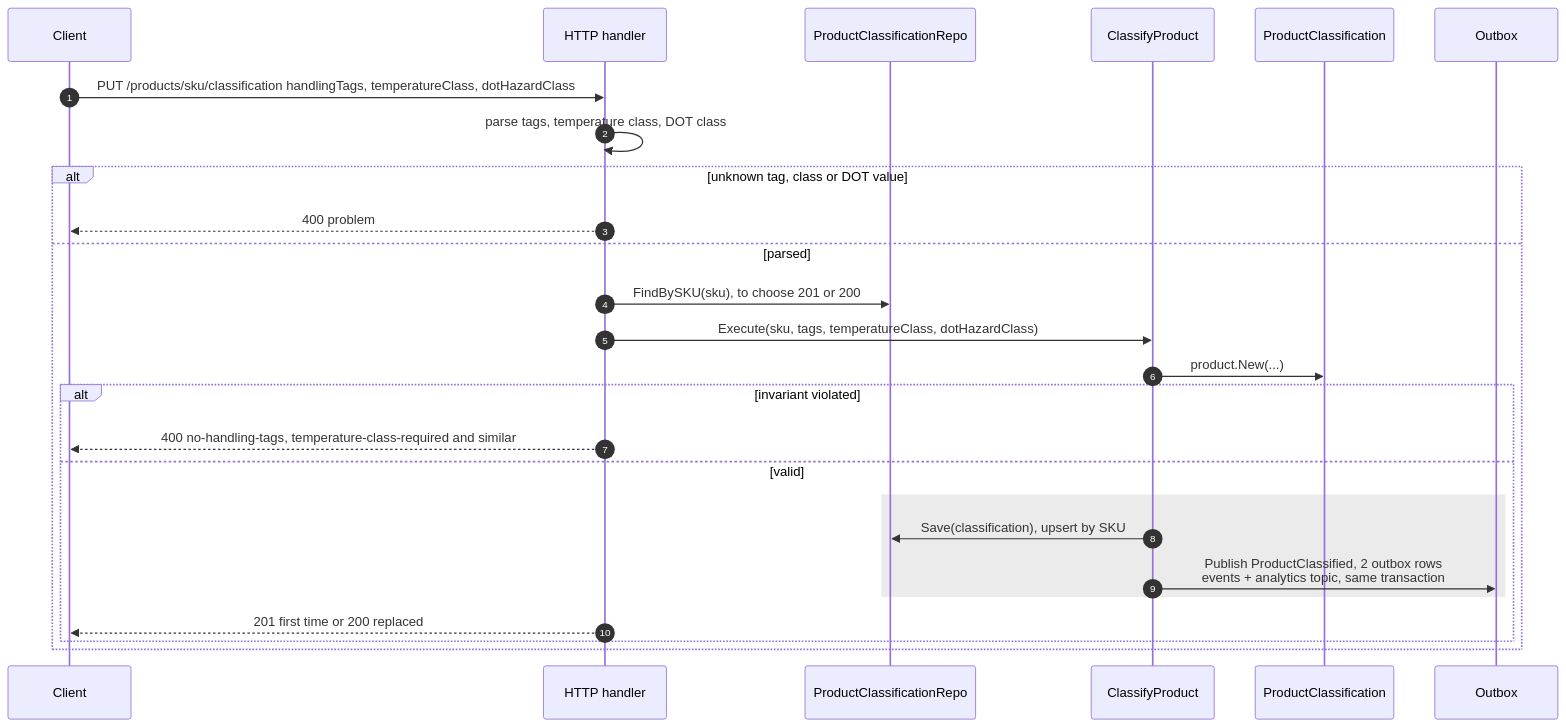
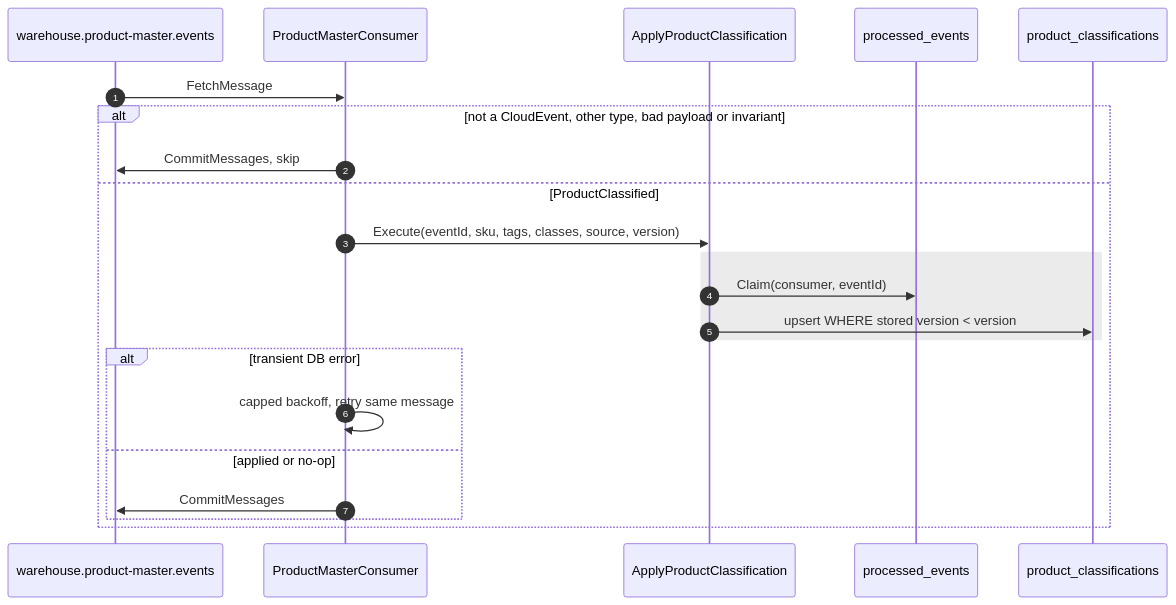
The seventh of 12 diagrams in docs/docs/ddd/sequence-diagrams.md (IQVO/inventory-storage), drawn with Mermaid before and after one commit. The commit also changed other lines of this file and 14 other files, not shown here.

Commit message:
docs: regenerate REST API reference; DDD pages describe the product-master local copy (ADR 0033)

````diff
--- a/docs/docs/ddd/sequence-diagrams.md
+++ b/docs/docs/ddd/sequence-diagrams.md
@@ -320,28 +320,24 @@
 ```mermaid
 sequenceDiagram
     autonumber
-    participant C as Client
-    participant H as HTTP handler
-    participant PCR as ProductClassificationRepo
-    participant UC as ClassifyProduct
-    participant PC as ProductClassification
-    participant OB as Outbox
-    C->>H: PUT /products/sku/classification handlingTags, temperatureClass, dotHazardClass
-    H->>H: parse tags, temperature class, DOT class
-    alt unknown tag, class or DOT value
-        H-->>C: 400 problem
-    else parsed
-        H->>PCR: FindBySKU(sku), to choose 201 or 200
-        H->>UC: Execute(sku, tags, temperatureClass, dotHazardClass)
-        UC->>PC: product.New(...)
-        alt invariant violated
-            H-->>C: 400 no-handling-tags, temperature-class-required and similar
-        else valid
-            rect rgb(235, 235, 235)
-                UC->>PCR: Save(classification), upsert by SKU
-                UC->>OB: Publish ProductClassified, 2 outbox rows<br/>events + analytics topic, same transaction
-            end
-            H-->>C: 201 first time or 200 replaced
+    participant K as warehouse.product-master.events
+    participant CON as ProductMasterConsumer
+    participant UC as ApplyProductClassification
+    participant PE as processed_events
+    participant PCR as product_classifications
+    K->>CON: FetchMessage
+    alt not a CloudEvent, other type, bad payload or invariant
+        CON->>K: CommitMessages, skip
+    else ProductClassified
+        CON->>UC: Execute(eventId, sku, tags, classes, source, version)
+        rect rgb(235, 235, 235)
+            UC->>PE: Claim(consumer, eventId)
+            UC->>PCR: upsert WHERE stored version < version
+        end
+        alt transient DB error
+            CON->>CON: capped backoff, retry same message
+        else applied or no-op
+            CON->>K: CommitMessages
         end
     end
 ```
````
